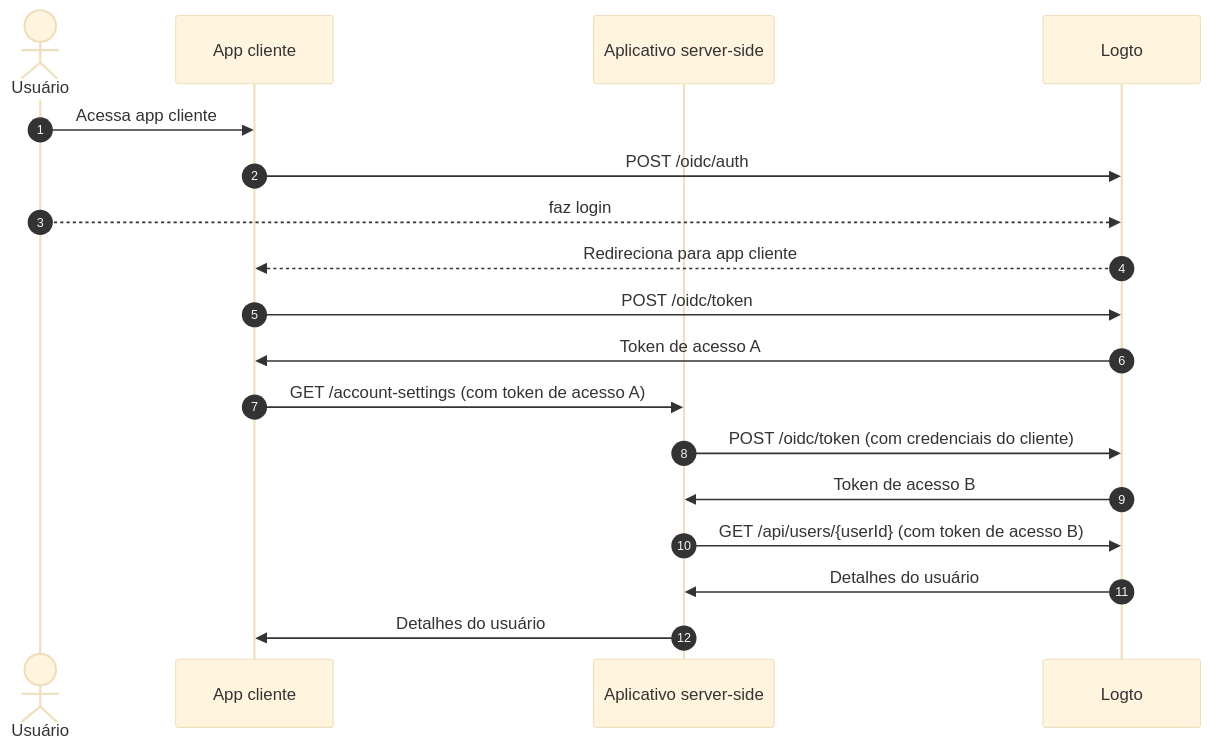
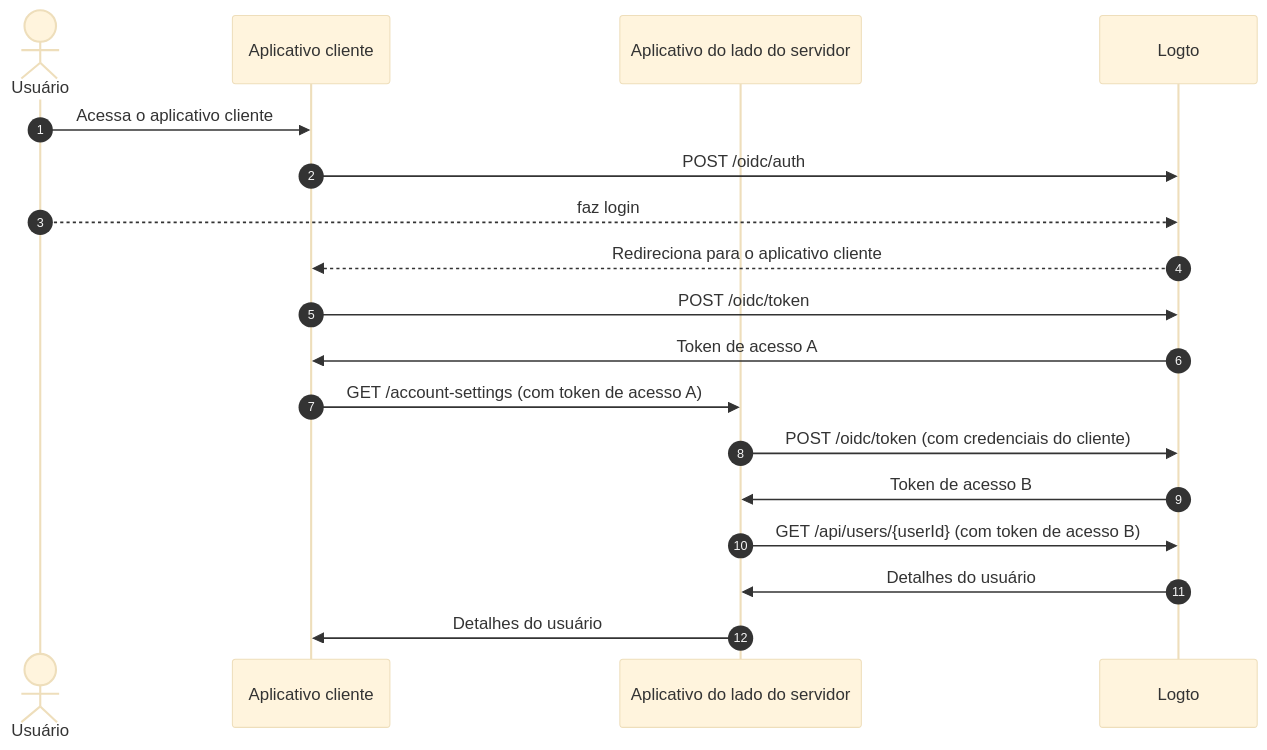
One commit to logto-io/docs changed the second of 3 diagrams in i18n/pt-BR/docusaurus-plugin-content-docs/current/end-user-flows/account-settings/by-management-api.mdx. Above: the diagram before and after it, drawn with Mermaid (base theme). The commit also changed other lines of this file and 74 other files, not shown here.

````diff
--- a/i18n/pt-BR/docusaurus-plugin-content-docs/current/end-user-flows/account-settings/by-management-api.mdx
+++ b/i18n/pt-BR/docusaurus-plugin-content-docs/current/end-user-flows/account-settings/by-management-api.mdx
@@ -27,21 +27,21 @@
 ```mermaid
   sequenceDiagram
     autonumber
     actor User as Usuário
-    participant Client as App cliente
-    participant Server as Aplicativo server-side
+    participant Client as Aplicativo cliente
+    participant Server as Aplicativo do lado do servidor
     participant Logto as Logto
 
-    User ->> Client: Acessa app cliente
+    User ->> Client: Acessa o aplicativo cliente
     Client ->> Logto: POST /oidc/auth
     User -->> Logto: faz login
-    Logto -->> Client: Redireciona para app cliente
+    Logto -->> Client: Redireciona para o aplicativo cliente
     Client ->> Logto: POST /oidc/token
     Logto ->> Client: Token de acesso A
     Client ->> Server: GET /account-settings (com token de acesso A)
     Server ->> Logto: POST /oidc/token (com credenciais do cliente)
     Logto ->> Server: Token de acesso B
     Server ->> Logto: GET /api/users/{userId} (com token de acesso B)
     Logto ->> Server: Detalhes do usuário
     Server ->> Client: Detalhes do usuário
 ```
````
